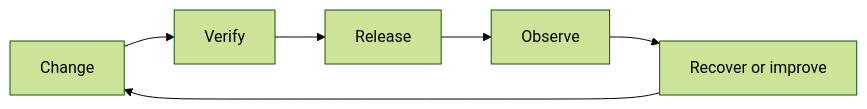
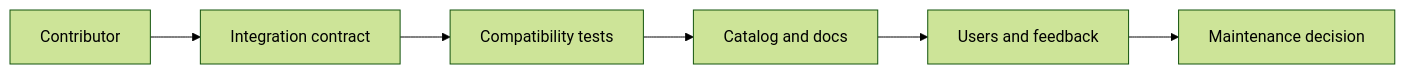
One commit to jeffersoncampos12p-dev/jeston changed the diagram in path/to/docs/operations/ecosystem.mdx. Above: the diagram before and after it, drawn with Mermaid (forest theme). The commit also changed other lines of this file and 31 other files, not shown here.

````diff
--- a/path/to/docs/operations/ecosystem.mdx
+++ b/path/to/docs/operations/ecosystem.mdx
@@ -88,8 +51,8 @@
 ```mermaid placement="top-right"
 flowchart LR
-    change[Change] --> verify[Verify]
-    verify --> release[Release]
-    release --> observe[Observe]
-    observe --> recover[Recover or improve]
-    recover --> change
+    contributor[Contributor] --> contract[Integration contract]
+    contract --> tests[Compatibility tests]
+    tests --> catalog[Catalog and docs]
+    catalog --> users[Users and feedback]
+    users --> maintainer[Maintenance decision]
 ```
````
